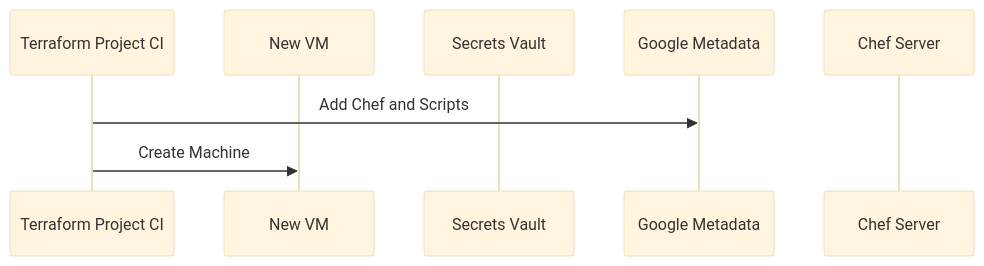
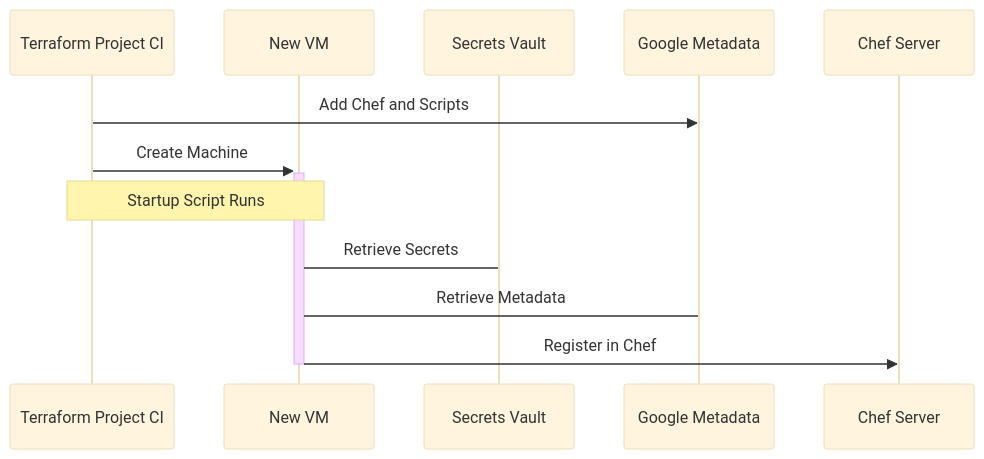
The diagram in howto/chef-process-overview.md (mattrussi/gitlab-com-runbooks), drawn with Mermaid (base theme) before and after one commit.

Commit message:
More charts update

````diff
--- a/howto/chef-process-overview.md
+++ b/howto/chef-process-overview.md
@@ -18,11 +18,15 @@
 ```mermaid
 sequenceDiagram
   participant TF as Terraform Project CI
   participant VM as New VM
   participant GKMS as Secrets Vault
   participant GM as Google Metadata
   participant CS as Chef Server
 
   TF->>GM: Add Chef and Scripts
-  TF->>VM: Create Machine
+  TF->>+VM: Create Machine
+  Note over TF,VM: Startup Script Runs
+  VM->GKMS: Retrieve Secrets
+  VM->GM: Retrieve Metadata
+  VM->>-CS: Register in Chef
 ```
````
